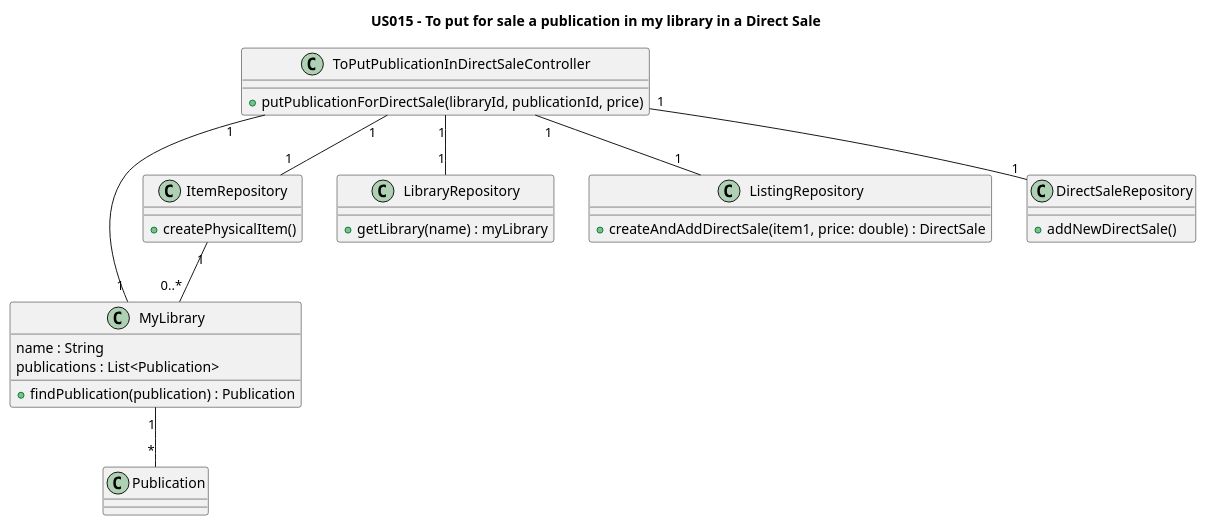
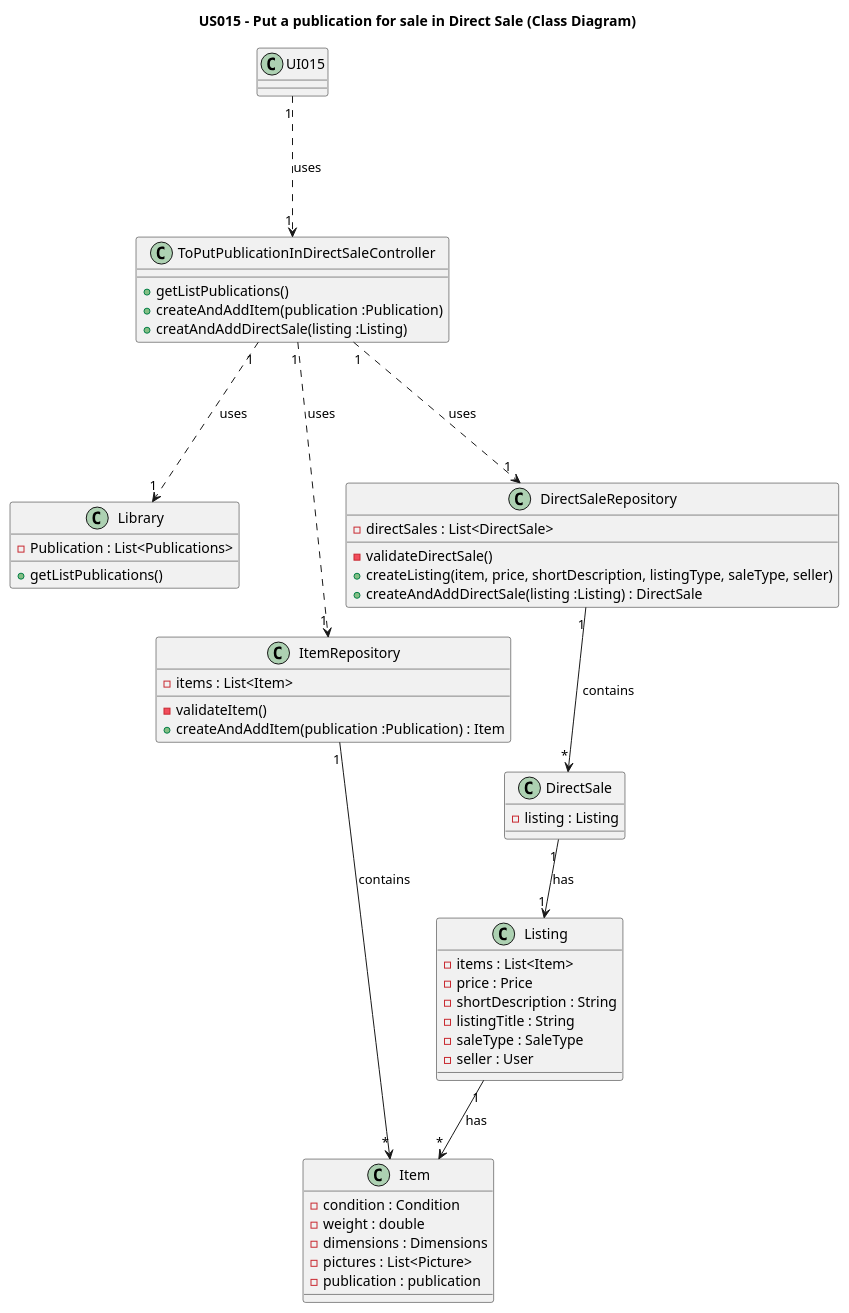
Before and after one commit to AndrePereiraGitH/SWitCH-Project-Team_A: the diagram in Diagrams/ClassDiagrams/US015-To-put-for-sale-a-publication-in-my-library-in-a-Direct-Sale.puml, drawn with PlantUML. The commit also changed 5 other files, not shown here.

Commit message:
Working on #114 #115 #117 - Improving SD and CD for US015 and create Class DirectSale and Tests @ClaudiaLamas-switch

```diff
--- a/Diagrams/ClassDiagrams/US015-To-put-for-sale-a-publication-in-my-library-in-a-Direct-Sale.puml
+++ b/Diagrams/ClassDiagrams/US015-To-put-for-sale-a-publication-in-my-library-in-a-Direct-Sale.puml
@@ -1,43 +1,64 @@
 @startuml
-title US015 – To put for sale a publication in my library in a Direct Sale
+title US015 - Put a publication for sale in Direct Sale (Class Diagram)
 
-class MyLibrary {
-  name : String
-  publications : List<Publication>
-  + findPublication(publication) : Publication
+class UI015 {}
+
+UI015 "1" -.-> "1" ToPutPublicationInDirectSaleController :  uses
+
+class ToPutPublicationInDirectSaleController {
+    + getListPublications()
+    + createAndAddItem(publication :Publication)
+    + creatAndAddDirectSale(listing :Listing)
+
+}
+
+class Library {
+    - Publication : List<Publications>
+    + getListPublications()
+}
+
+class Item {
+    - condition : Condition
+    - weight : double
+    - dimensions : Dimensions
+    - pictures : List<Picture>
+    - publication : publication
+}
+
+class Listing {
+    - items : List<Item>
+    - price : Price
+    - shortDescription : String
+    - listingTitle : String
+    - saleType : SaleType
+    - seller : User
+}
+
+class DirectSale {
+    - listing : Listing
 }
 
 class ItemRepository {
-  + createPhysicalItem()
-}
-
-class LibraryRepository {
-  + getLibrary(name) : myLibrary
-}
-
-class ListingRepository {
-  + createAndAddDirectSale(item1, price: double) : DirectSale
-}
-
-class ToPutPublicationInDirectSaleController {
-  + putPublicationForDirectSale(libraryId, publicationId, price)
-}
-
-class Publication {
-
+    - items : List<Item>
+    - validateItem()
+    + createAndAddItem(publication :Publication) : Item
 }
 
 class DirectSaleRepository {
-  + addNewDirectSale()
+    - directSales : List<DirectSale>
+    - validateDirectSale()
+    + createListing(item, price, shortDescription, listingType, saleType, seller)
+    + createAndAddDirectSale(listing :Listing) : DirectSale
 }
 
-ToPutPublicationInDirectSaleController "1" -- "1" MyLibrary
-MyLibrary "1" -- "*" Publication
+Listing "1" --> "*" Item : has
+DirectSale "1" --> "1" Listing : has
 
-ItemRepository "1" -- "0..*" MyLibrary
+ItemRepository "1" --> "*" Item : contains
+DirectSaleRepository "1" --> "*" DirectSale : contains
 
-ToPutPublicationInDirectSaleController "1" -- "1" LibraryRepository
-ToPutPublicationInDirectSaleController "1" -- "1" ListingRepository
-ToPutPublicationInDirectSaleController "1" -- "1" ItemRepository
-ToPutPublicationInDirectSaleController "1" -- "1" DirectSaleRepository
+ToPutPublicationInDirectSaleController "1" -.-> "1" Library : uses
+ToPutPublicationInDirectSaleController "1" -.-> "1" ItemRepository : uses
+ToPutPublicationInDirectSaleController "1" -.-> "1" DirectSaleRepository : uses
+
 @enduml
```
